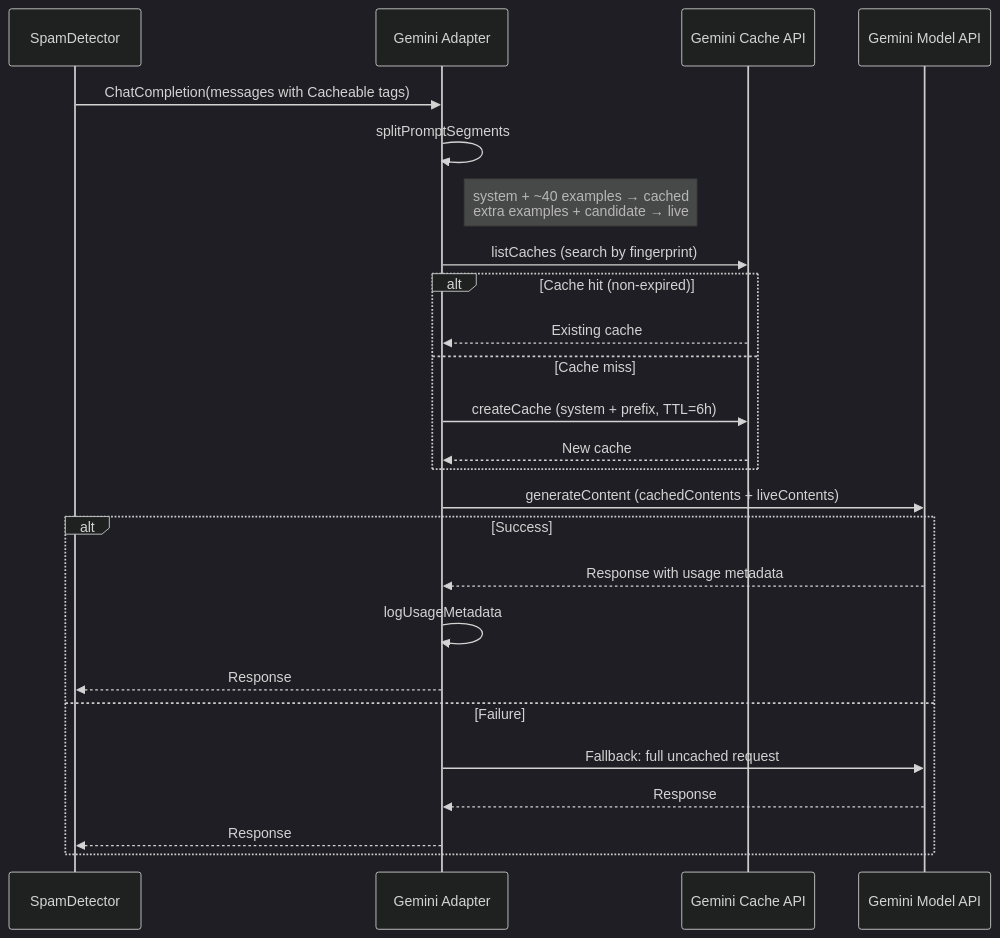
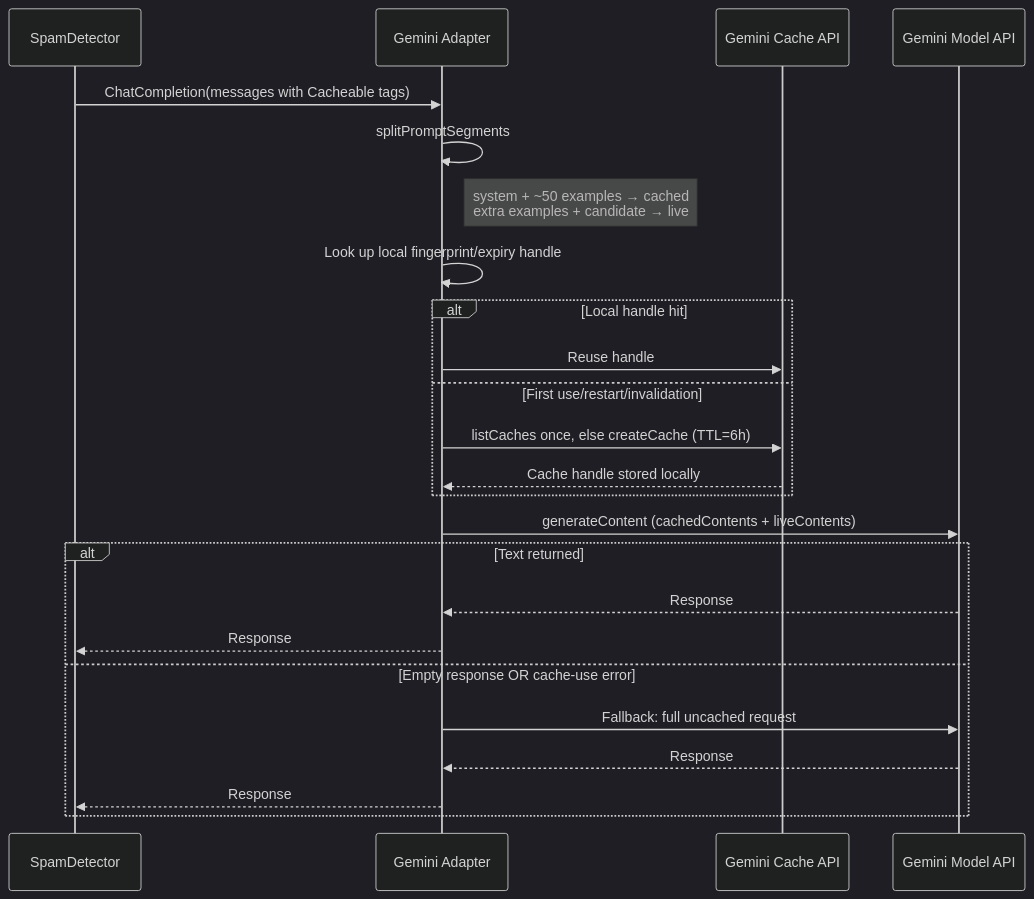
One commit to iamwavecut/ngbot changed diagram 11 of 11 in docs/CODEBASE_MAP.md. Above: the diagram before and after it, drawn with Mermaid (dark theme). The commit also changed other lines of this file and 106 other files, not shown here.

````diff
--- a/docs/CODEBASE_MAP.md
+++ b/docs/CODEBASE_MAP.md
@@ -978,30 +1028,29 @@
 ```mermaid
 sequenceDiagram
     participant Detector as SpamDetector
     participant Adapter as Gemini Adapter
     participant Cache as Gemini Cache API
     participant Model as Gemini Model API
 
     Detector->>Adapter: ChatCompletion(messages with Cacheable tags)
     Adapter->>Adapter: splitPromptSegments
-    Note right of Adapter: system + ~40 examples → cached<br/>extra examples + candidate → live
+    Note right of Adapter: system + ~50 examples → cached<br/>extra examples + candidate → live
 
-    Adapter->>Cache: listCaches (search by fingerprint)
-    alt Cache hit (non-expired)
-        Cache-->>Adapter: Existing cache
-    else Cache miss
-        Adapter->>Cache: createCache (system + prefix, TTL=6h)
-        Cache-->>Adapter: New cache
+    Adapter->>Adapter: Look up local fingerprint/expiry handle
+    alt Local handle hit
+        Adapter->>Cache: Reuse handle
+    else First use/restart/invalidation
+        Adapter->>Cache: listCaches once, else createCache (TTL=6h)
+        Cache-->>Adapter: Cache handle stored locally
     end
 
     Adapter->>Model: generateContent (cachedContents + liveContents)
-    alt Success
-        Model-->>Adapter: Response with usage metadata
-        Adapter->>Adapter: logUsageMetadata
+    alt Text returned
+        Model-->>Adapter: Response
         Adapter-->>Detector: Response
-    else Failure
+    else Empty response OR cache-use error
         Adapter->>Model: Fallback: full uncached request
         Model-->>Adapter: Response
         Adapter-->>Detector: Response
     end
 ```
````
